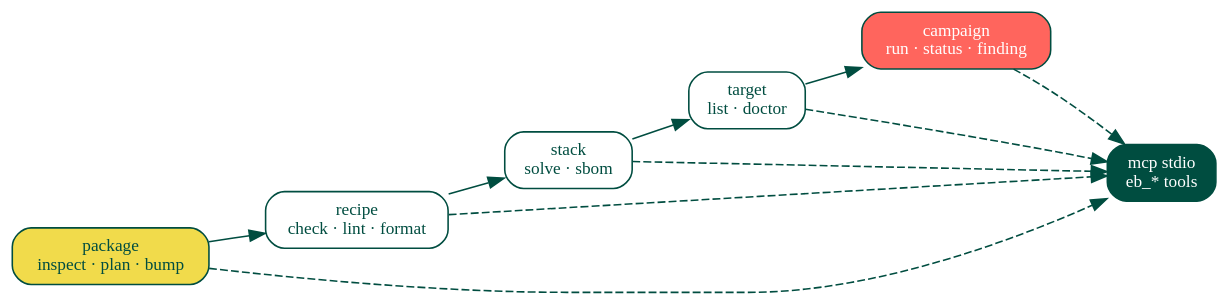
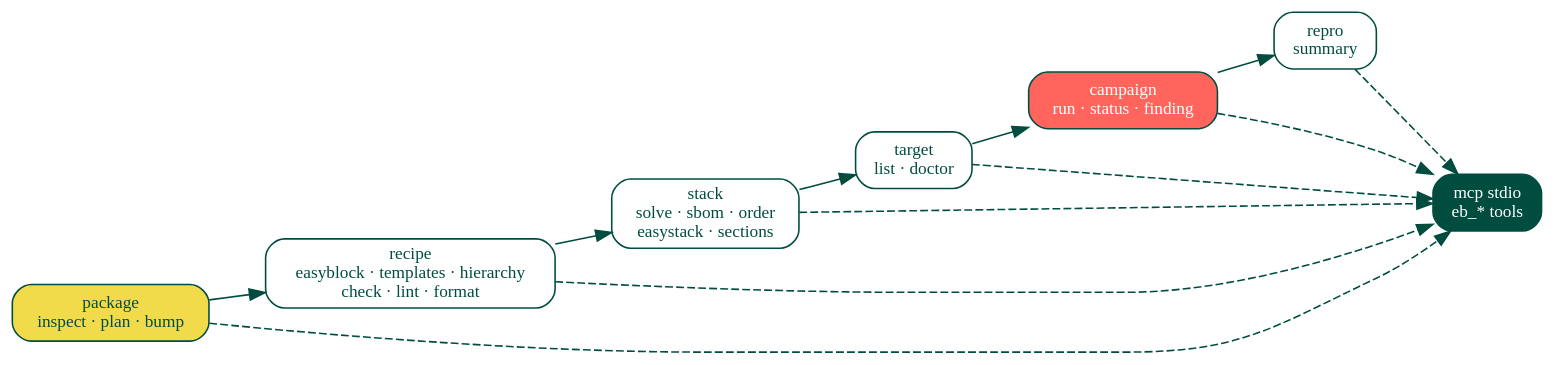
One commit to HaoZeke/eb-stack changed the second of 2 diagrams in docs/orgmode/explanation/architecture.org. Above: the diagram before and after it, drawn with Graphviz. The commit also changed 2 other files, not shown here.

Commit message:
docs(mcp): list the seven tools next to the commands they run
The command reference, the command-surface diagram, and the README
still named the old catalog. Record the new tools and the flags
their schemas take, so the published list matches tools/list.

```diff
--- a/docs/orgmode/explanation/architecture.org
+++ b/docs/orgmode/explanation/architecture.org
@@ -39,23 +39,26 @@
 #+begin_src dot :file ../images/command-surface.svg :exports results
 digraph S {
   graph [fontname="Jost", fontsize=12, rankdir=LR, splines=true, bgcolor="transparent"];
   node  [fontname="Jost", fontsize=11, shape=box, style="rounded,filled",
          fillcolor="white", color="#004D40", fontcolor="#004D40"];
   edge  [fontname="Jost", fontsize=10, color="#004D40"];
 
   package  [label="package\ninspect · plan · bump", fillcolor="#F1DB4B"];
-  recipe   [label="recipe\ncheck · lint · format"];
-  stack    [label="stack\nsolve · sbom"];
+  recipe   [label="recipe\neasyblock · templates · hierarchy\ncheck · lint · format"];
+  stack    [label="stack\nsolve · sbom · order\neasystack · sections"];
   target   [label="target\nlist · doctor"];
   campaign [label="campaign\nrun · status · finding", fillcolor="#FF655D", fontcolor="white"];
+  repro    [label="repro\nsummary"];
   mcp      [label="mcp stdio\neb_* tools", fillcolor="#004D40", fontcolor="white"];
 
   package -> recipe -> stack;
   stack -> target -> campaign;
+  campaign -> repro;
   package -> mcp [style=dashed];
   recipe -> mcp [style=dashed];
   stack -> mcp [style=dashed];
   target -> mcp [style=dashed];
   campaign -> mcp [style=dashed];
+  repro -> mcp [style=dashed];
 }
 #+end_src
```
